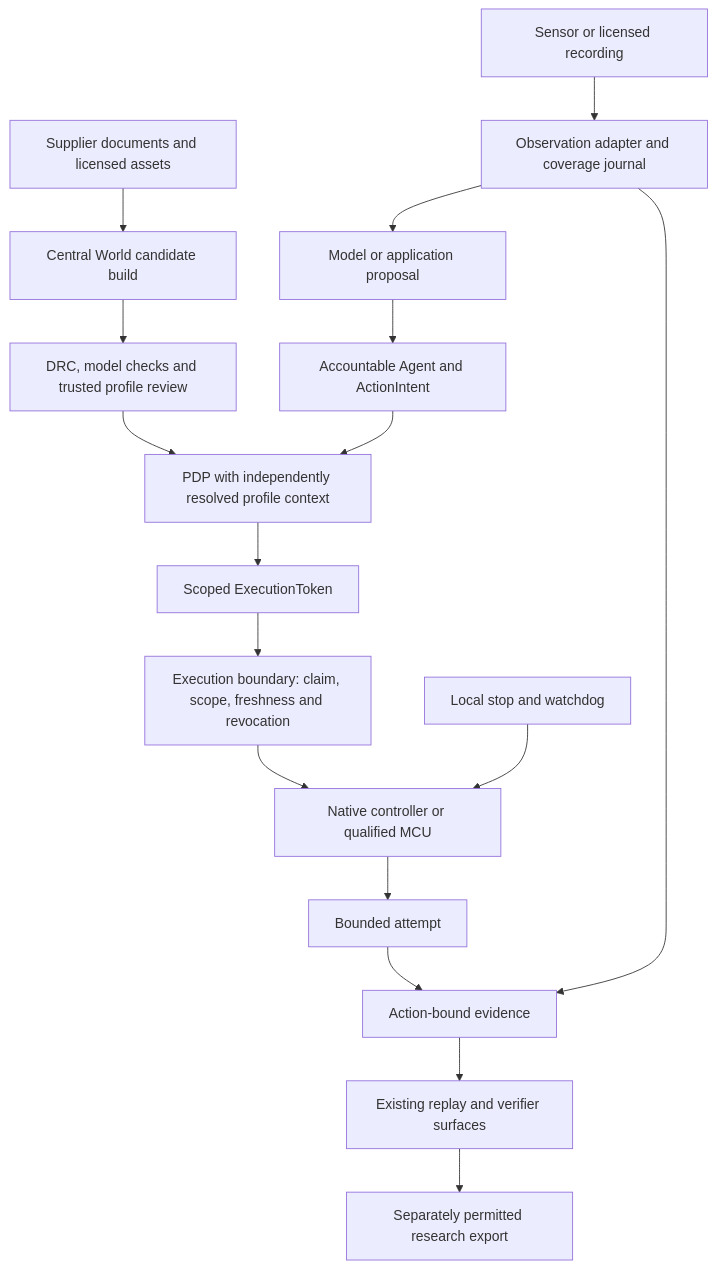
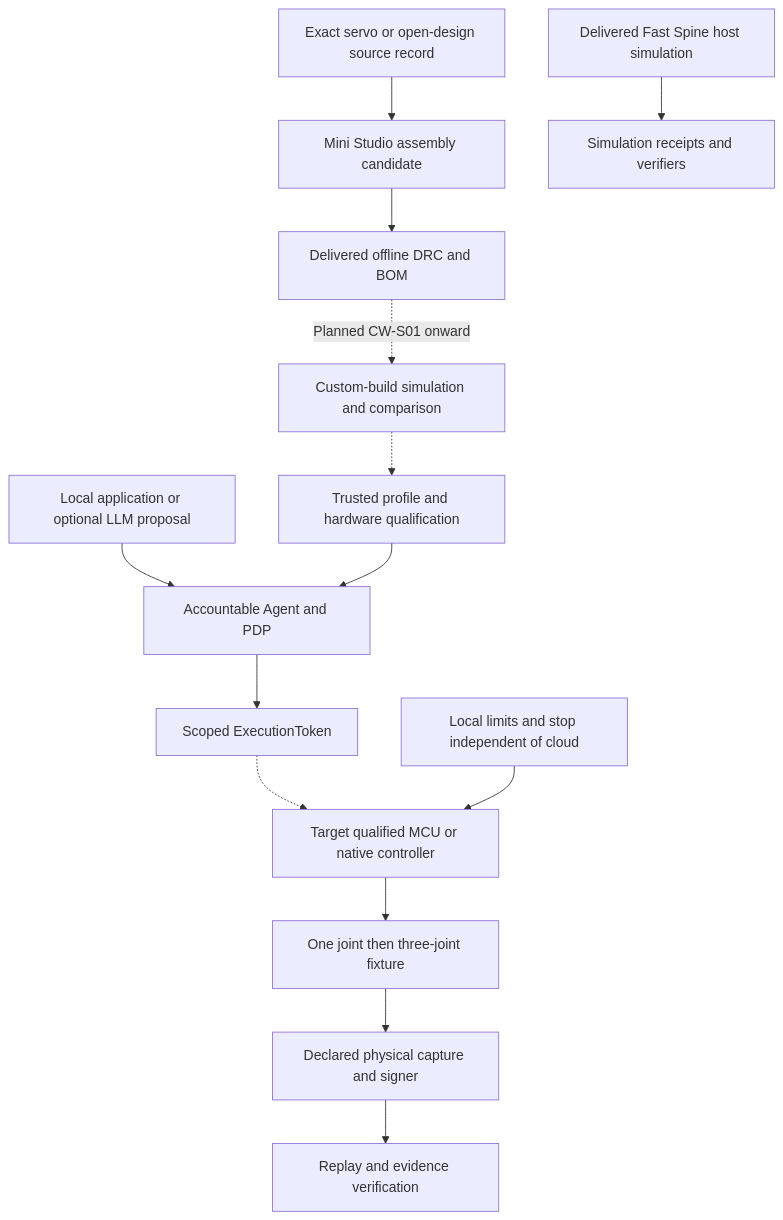
Before and after one commit to NeilLi/seedcore: the diagram in docs/development/integrations/robotics_partner_integration_architecture.md, drawn with Mermaid. The commit also changed other lines of this file and 17 other files, not shown here.

````diff
--- a/docs/development/integrations/robotics_partner_integration_architecture.md
+++ b/docs/development/integrations/robotics_partner_integration_architecture.md
@@ -20,19 +21,16 @@
 ```mermaid
 flowchart TD
-    CAT[Supplier documents and licensed assets] --> BUILD[Central World candidate build]
-    BUILD --> REVIEW[DRC, model checks and trusted profile review]
-    SENS[Sensor or licensed recording] --> CAP[Observation adapter and coverage journal]
-    CAP --> PROP[Model or application proposal]
-    PROP --> AGENT[Accountable Agent and ActionIntent]
-    REVIEW --> PDP[PDP with independently resolved profile context]
-    AGENT --> PDP
-    PDP --> TOKEN[Scoped ExecutionToken]
-    TOKEN --> EDGE[Execution boundary: claim, scope, freshness and revocation]
-    EDGE --> LOCAL[Native controller or qualified MCU]
-    LOCAL --> ATTEMPT[Bounded attempt]
-    STOP[Local stop and watchdog] --> LOCAL
-    ATTEMPT --> EVID[Action-bound evidence]
-    CAP --> EVID
-    EVID --> VERIFY[Existing replay and verifier surfaces]
-    VERIFY --> EXPORT[Separately permitted research export]
+    SOURCES[Exact servo or open-design source record] --> DRAFT[Mini Studio assembly candidate]
+    DRAFT --> DRC[Delivered offline DRC and BOM]
+    DRC -.->|Planned CW-S01 onward| SIM[Custom-build simulation and comparison]
+    SIM -.-> REVIEW[Trusted profile and hardware qualification]
+    PROP[Local application or optional LLM proposal] --> AGENT[Accountable Agent and PDP]
+    REVIEW --> AGENT
+    AGENT --> TOKEN[Scoped ExecutionToken]
+    TOKEN -.-> EDGE[Target qualified MCU or native controller]
+    EDGE --> JOINT[One joint then three-joint fixture]
+    STOP[Local limits and stop independent of cloud] --> EDGE
+    JOINT --> CAP[Declared physical capture and signer]
+    CAP --> VERIFY[Replay and evidence verification]
+    REHEARSAL[Delivered Fast Spine host simulation] --> SIMPROOF[Simulation receipts and verifiers]
 ```
````
